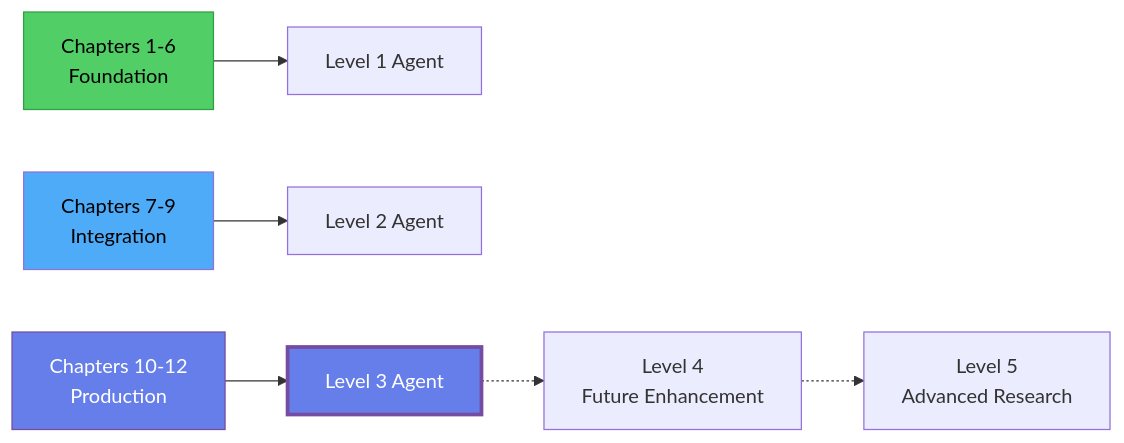
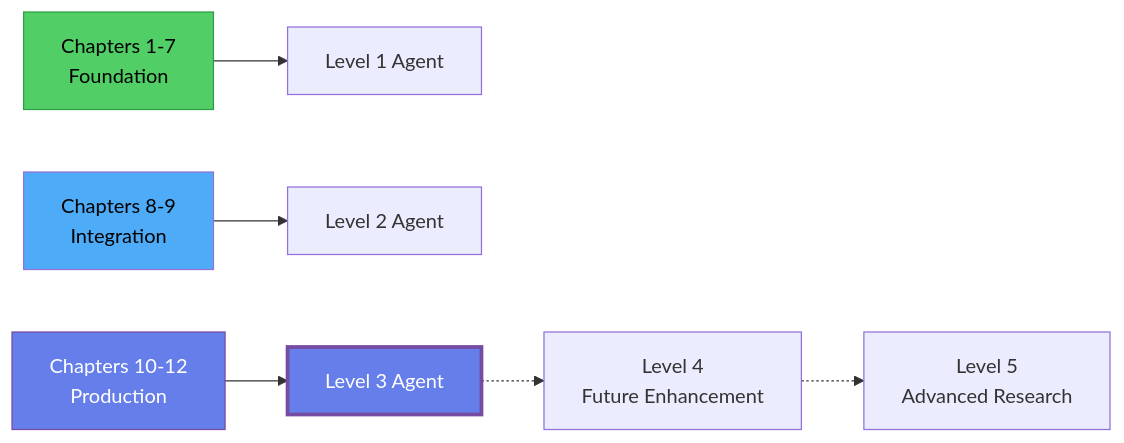
Before and after one commit to VersusControl/devops-ai-guidelines: the sixth of 6 diagrams in 03-ai-agent-for-devops/05-levels-of-ai-logging-systems.md, drawn with Mermaid. The commit also changed other lines of this file and 1 other file, not shown here.

Commit message:
update ai agent for devops

````diff
--- a/03-ai-agent-for-devops/05-levels-of-ai-logging-systems.md
+++ b/03-ai-agent-for-devops/05-levels-of-ai-logging-systems.md
@@ -340,14 +340,14 @@
 ```mermaid
 graph LR
-    CH16["Chapters 1-6<br/>Foundation"] --> L1[Level 1 Agent]
-    CH79["Chapters 7-9<br/>Integration"] --> L2[Level 2 Agent]
+    CH17["Chapters 1-7<br/>Foundation"] --> L1[Level 1 Agent]
+    CH89["Chapters 8-9<br/>Integration"] --> L2[Level 2 Agent]
     CH1012["Chapters 10-12<br/>Production"] --> L3[Level 3 Agent]
     
     L3 -.-> L4[Level 4<br/>Future Enhancement]
     L4 -.-> L5[Level 5<br/>Advanced Research]
     
-    style CH16 fill:#51cf66,stroke:#2f9e44,color:#000
-    style CH79 fill:#4dabf7,color:#000
+    style CH17 fill:#51cf66,stroke:#2f9e44,color:#000
+    style CH89 fill:#4dabf7,color:#000
     style CH1012 fill:#667eea,stroke:#764ba2,color:#fff
     style L3 fill:#667eea,stroke:#764ba2,stroke-width:3px,color:#fff
 ```
````
